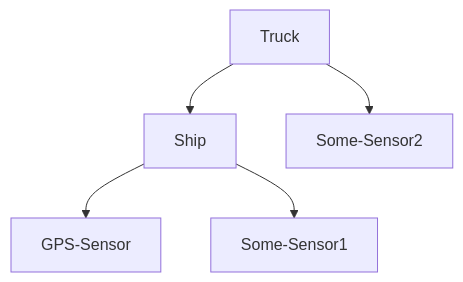
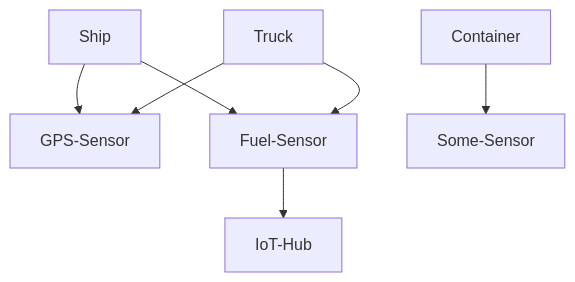
The second of 2 diagrams in demo.md (luebken/platform-example-logistics), drawn with Mermaid before and after one commit. The commit also changed other lines of this file and 15 other files, not shown here.

````diff
--- a/demo.md
+++ b/demo.md
@@ -20,7 +27,9 @@
 ```mermaid
   graph TD;
       Ship-->GPS-Sensor;
-      Ship-->Some-Sensor1;
-      Truck-->Ship;
-      Truck-->Some-Sensor2;
+      Ship-->Fuel-Sensor;
+      Truck-->GPS-Sensor;
+      Truck-->Fuel-Sensor;
+      Container-->Some-Sensor;
+      Fuel-Sensor-->IoT-Hub;
 ```
````
